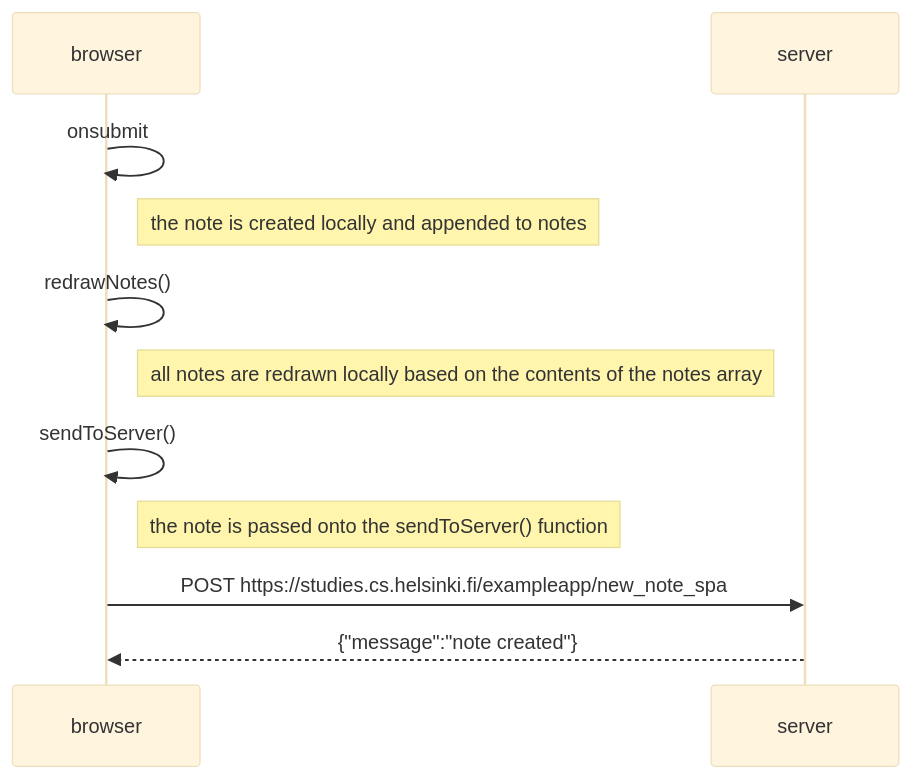
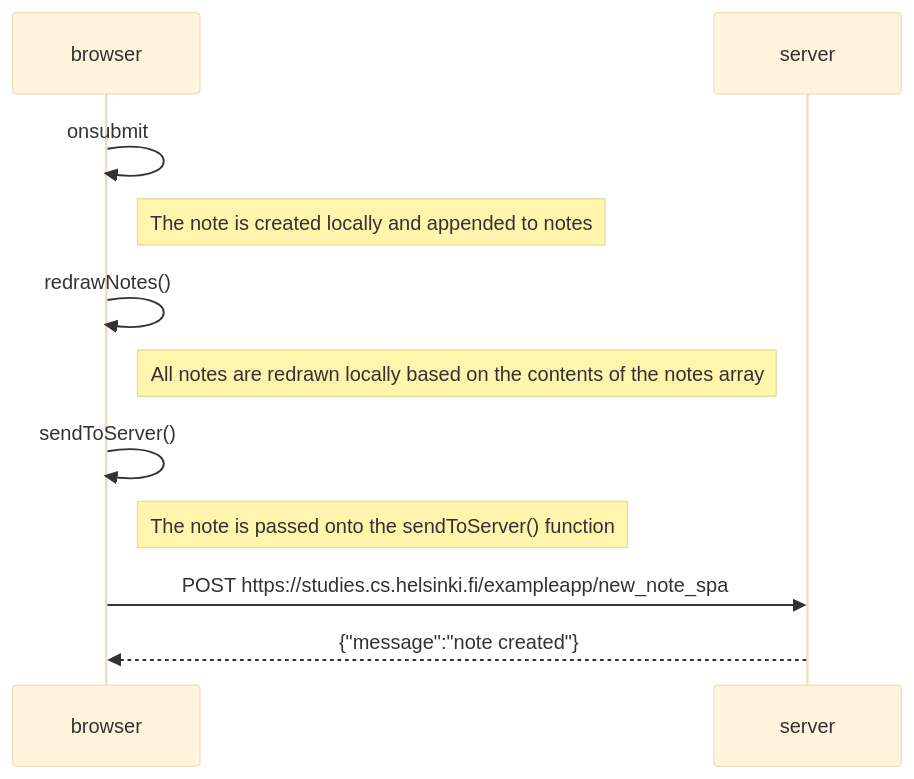
The diagram in part0/0.6.md (virhe/FullStackOpen), drawn with Mermaid (base theme) before and after one commit. The commit also changed 1 other file, not shown here.

Commit message:
Add capital first letter to part0 sequence diagram notes

````diff
--- a/part0/0.6.md
+++ b/part0/0.6.md
@@ -1,20 +1,20 @@
 ```mermaid
 sequenceDiagram
     participant browser
     participant server
 
     browser ->> browser: onsubmit
 
-    Note right of browser: the note is created locally and appended to notes
+    Note right of browser: The note is created locally and appended to notes
 
     browser ->> browser: redrawNotes()
 
-    Note right of browser: all notes are redrawn locally based on the contents of the notes array
+    Note right of browser: All notes are redrawn locally based on the contents of the notes array
 
     browser ->> browser: sendToServer()
 
-    Note right of browser: the note is passed onto the sendToServer() function
+    Note right of browser: The note is passed onto the sendToServer() function
 
     browser ->> server: POST https://studies.cs.helsinki.fi/exampleapp/new_note_spa
     server -->> browser: {"message":"note created"}
 ```
````
